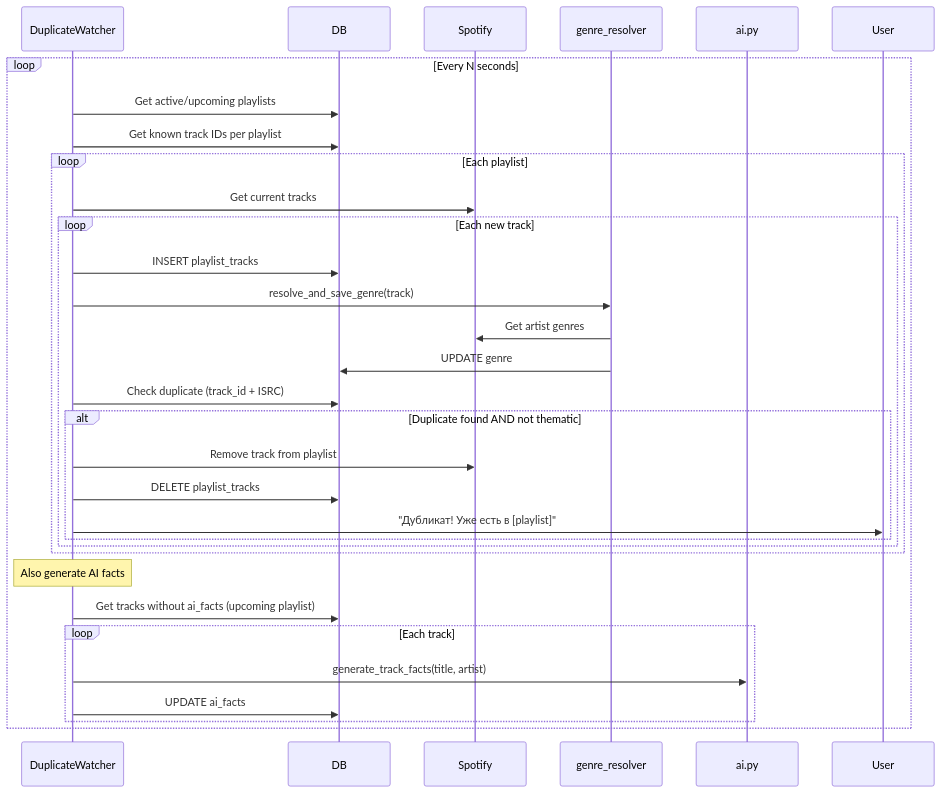
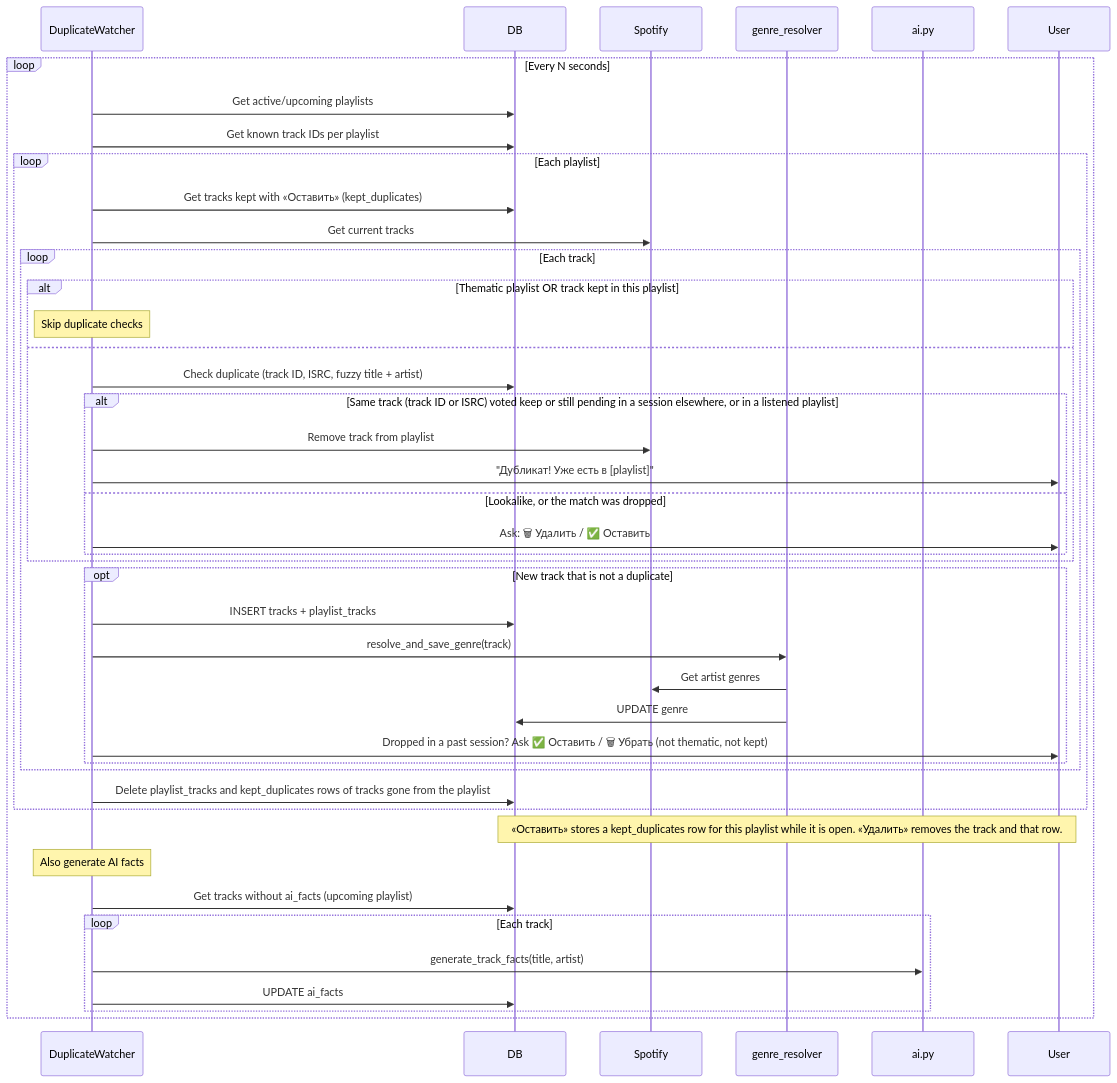
One commit to ndomanovskiy/maspotifybot changed the third of 8 diagrams in docs/architecture/03-flows.md. Above: the diagram before and after it, drawn with Mermaid. The commit also changed 15 other files, not shown here.

````diff
--- a/docs/architecture/03-flows.md
+++ b/docs/architecture/03-flows.md
@@ -128,38 +128,48 @@
 ```mermaid
 sequenceDiagram
     participant DW as DuplicateWatcher
     participant DB
     participant Spotify
     participant GR as genre_resolver
     participant AI as ai.py
     participant User
 
     loop Every N seconds
         DW->>DB: Get active/upcoming playlists
         DW->>DB: Get known track IDs per playlist
 
         loop Each playlist
+            DW->>DB: Get tracks kept with «Оставить» (kept_duplicates)
             DW->>Spotify: Get current tracks
-            loop Each new track
-                DW->>DB: INSERT playlist_tracks
-                DW->>GR: resolve_and_save_genre(track)
-                GR->>Spotify: Get artist genres
-                GR->>DB: UPDATE genre
-
-                DW->>DB: Check duplicate (track_id + ISRC)
-                alt Duplicate found AND not thematic
-                    DW->>Spotify: Remove track from playlist
-                    DW->>DB: DELETE playlist_tracks
-                    DW->>User: "Дубликат! Уже есть в [playlist]"
+            loop Each track
+                alt Thematic playlist OR track kept in this playlist
+                    Note over DW: Skip duplicate checks
+                else
+                    DW->>DB: Check duplicate (track ID, ISRC, fuzzy title + artist)
+                    alt Same track (track ID or ISRC) voted keep or still pending in a session elsewhere, or in a listened playlist
+                        DW->>Spotify: Remove track from playlist
+                        DW->>User: "Дубликат! Уже есть в [playlist]"
+                    else Lookalike, or the match was dropped
+                        DW->>User: Ask: 🗑 Удалить / ✅ Оставить
+                    end
+                end
+                opt New track that is not a duplicate
+                    DW->>DB: INSERT tracks + playlist_tracks
+                    DW->>GR: resolve_and_save_genre(track)
+                    GR->>Spotify: Get artist genres
+                    GR->>DB: UPDATE genre
+                    DW->>User: Dropped in a past session? Ask ✅ Оставить / 🗑 Убрать (not thematic, not kept)
                 end
             end
+            DW->>DB: Delete playlist_tracks and kept_duplicates rows of tracks gone from the playlist
         end
+        Note over User,DB: «Оставить» stores a kept_duplicates row for this playlist while it is open. «Удалить» removes the track and that row.
 
         Note over DW: Also generate AI facts
         DW->>DB: Get tracks without ai_facts (upcoming playlist)
         loop Each track
             DW->>AI: generate_track_facts(title, artist)
             DW->>DB: UPDATE ai_facts
         end
     end
 ```
````
